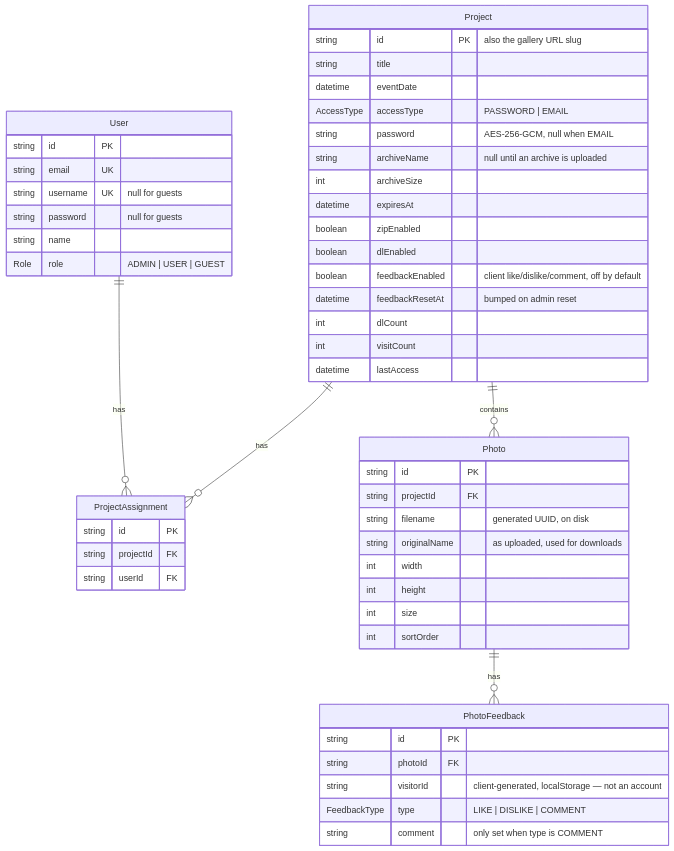
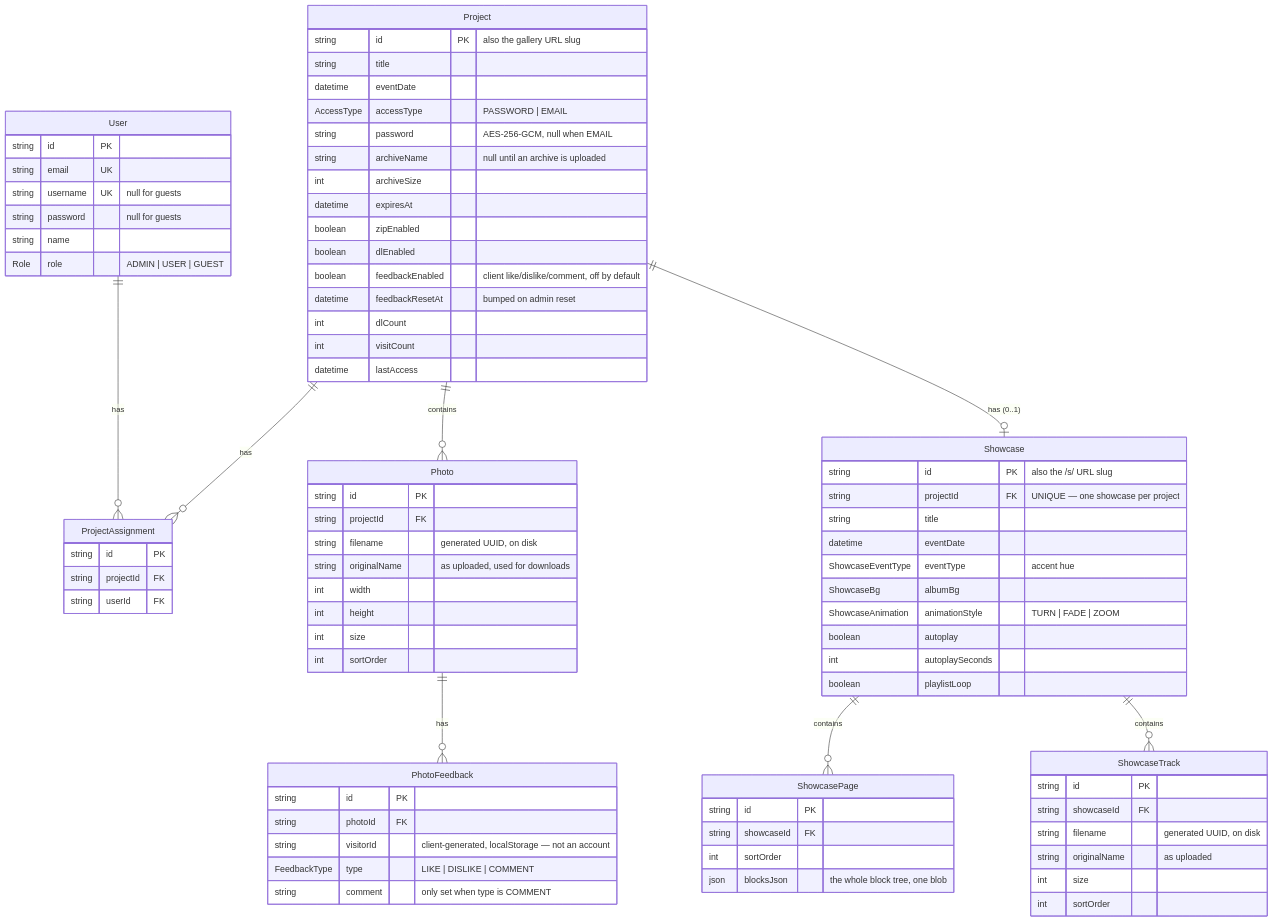
The first of 3 diagrams in ARCHITECTURE.md (Geobusteni/kuvalib), drawn with Mermaid before and after one commit. The commit also changed other lines of this file and 69 other files, not shown here.

````diff
--- a/ARCHITECTURE.md
+++ b/ARCHITECTURE.md
@@ -133,6 +149,9 @@
     Project ||--o{ ProjectAssignment : has
     Project ||--o{ Photo : contains
     Photo ||--o{ PhotoFeedback : has
+    Project ||--o| Showcase : "has (0..1)"
+    Showcase ||--o{ ShowcasePage : contains
+    Showcase ||--o{ ShowcaseTrack : contains
 
     User {
         string id PK
@@ -181,4 +200,30 @@
         FeedbackType type "LIKE | DISLIKE | COMMENT"
         string comment "only set when type is COMMENT"
     }
+    Showcase {
+        string id PK "also the /s/ URL slug"
+        string projectId FK "UNIQUE — one showcase per project"
+        string title
+        datetime eventDate
+        ShowcaseEventType eventType "accent hue"
+        ShowcaseBg albumBg
+        ShowcaseAnimation animationStyle "TURN | FADE | ZOOM"
+        boolean autoplay
+        int autoplaySeconds
+        boolean playlistLoop
+    }
+    ShowcasePage {
+        string id PK
+        string showcaseId FK
+        int sortOrder
+        json blocksJson "the whole block tree, one blob"
+    }
+    ShowcaseTrack {
+        string id PK
+        string showcaseId FK
+        string filename "generated UUID, on disk"
+        string originalName "as uploaded"
+        int size
+        int sortOrder
+    }
 ```
````
